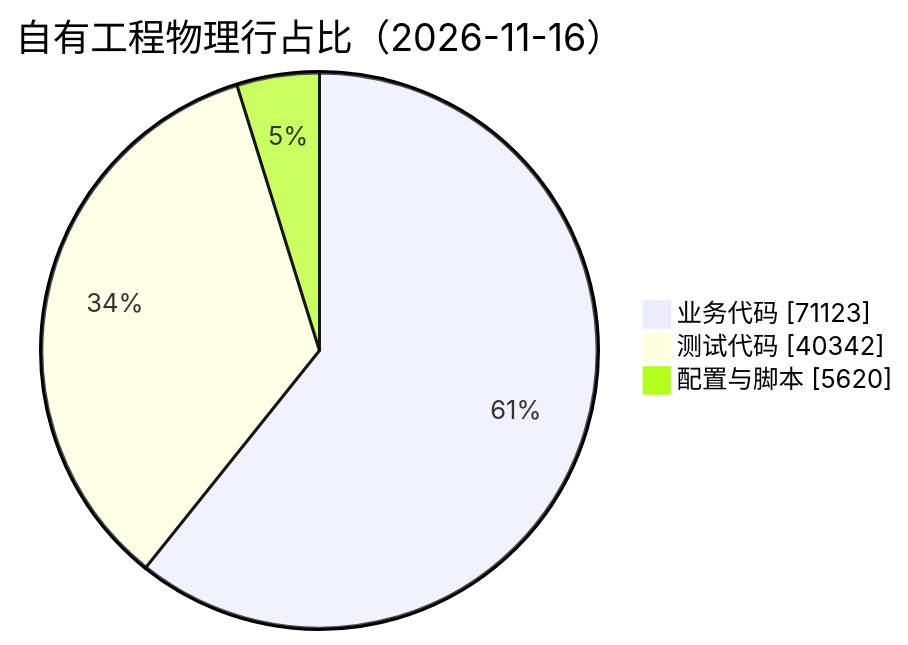
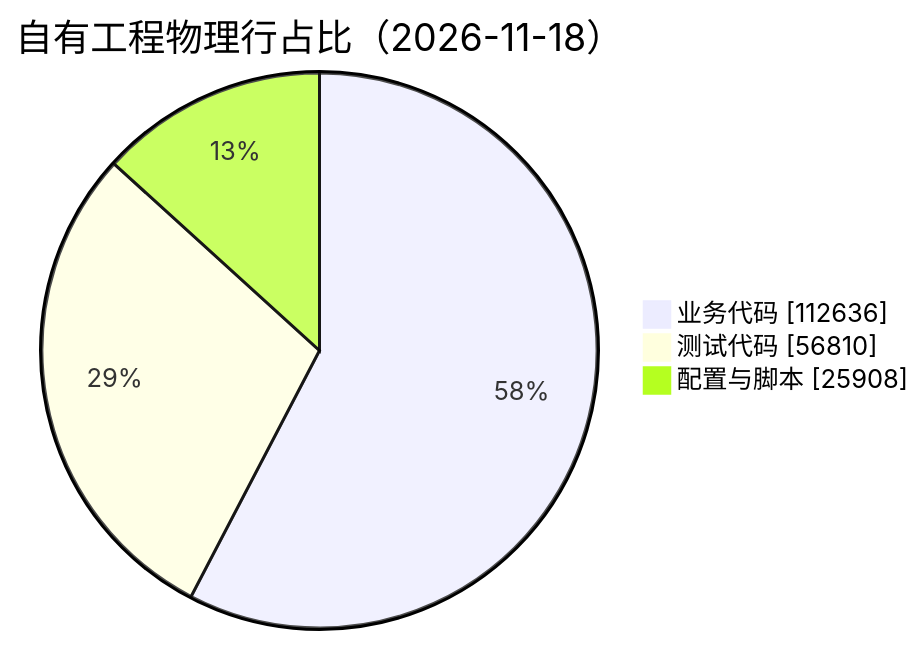
The first of 4 diagrams in README.md (JobsKits/JobsIM), drawn with Mermaid before and after one commit. The commit also changed other lines of this file and 42311 other files, not shown here.

````diff
--- a/README.md
+++ b/README.md
@@ -124,7 +140,7 @@
 ```mermaid
 pie showData
-    title 自有工程物理行占比（2026-11-16）
-    "业务代码" : 71123
-    "测试代码" : 40342
-    "配置与脚本" : 5620
+    title 自有工程物理行占比（2026-11-18）
+    "业务代码" : 112636
+    "测试代码" : 56810
+    "配置与脚本" : 25908
 ```
````
